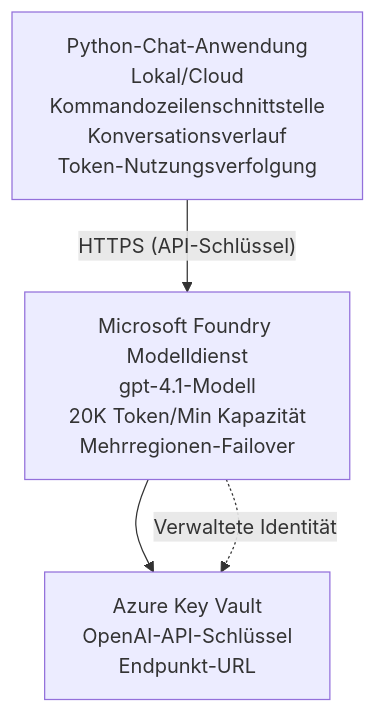
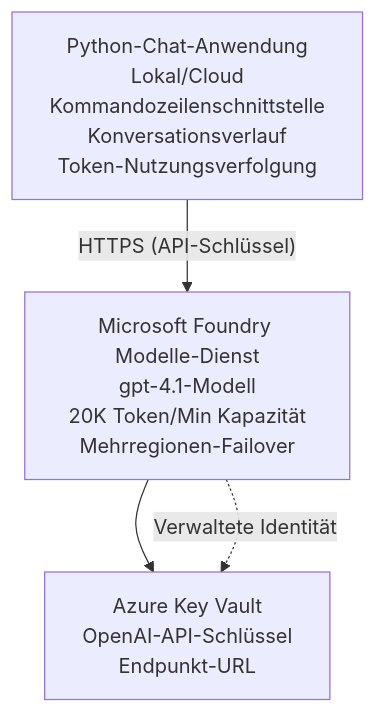
Before and after one commit to microsoft/AZD-for-beginners: the diagram in translations/de/examples/azure-openai-chat/README.md, drawn with Mermaid. The commit also changed other lines of this file and 104 other files, not shown here.

````diff
--- a/translations/de/examples/azure-openai-chat/README.md
+++ b/translations/de/examples/azure-openai-chat/README.md
@@ -26,6 +26,6 @@
 ```mermaid
 graph TD
-    App[Python-Chat-Anwendung<br/>Lokal/Cloud<br/>Kommandozeilenschnittstelle<br/>Konversationsverlauf<br/>Token-Nutzungsverfolgung] -- "HTTPS (API-Schlüssel)" --> Foundry[Microsoft Foundry Modelldienst<br/>gpt-4.1-Modell<br/>20K Token/Min Kapazität<br/>Mehrregionen-Failover]
+    App[Python-Chat-Anwendung<br/>Lokal/Cloud<br/>Kommandozeilenschnittstelle<br/>Konversationsverlauf<br/>Token-Nutzungsverfolgung] -- "HTTPS (API-Schlüssel)" --> Foundry[Microsoft Foundry Modelle-Dienst<br/>gpt-4.1-Modell<br/>20K Token/Min Kapazität<br/>Mehrregionen-Failover]
     Foundry --> KV[Azure Key Vault<br/>OpenAI-API-Schlüssel<br/>Endpunkt-URL]
     Foundry -. Verwaltete Identität .-> KV
 ```
````
